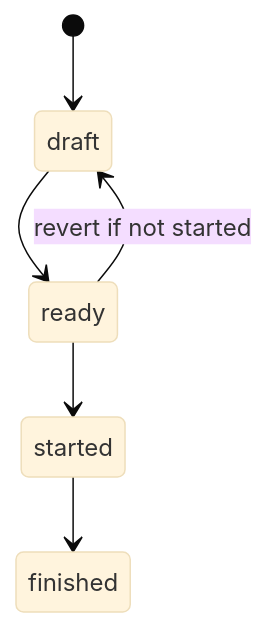
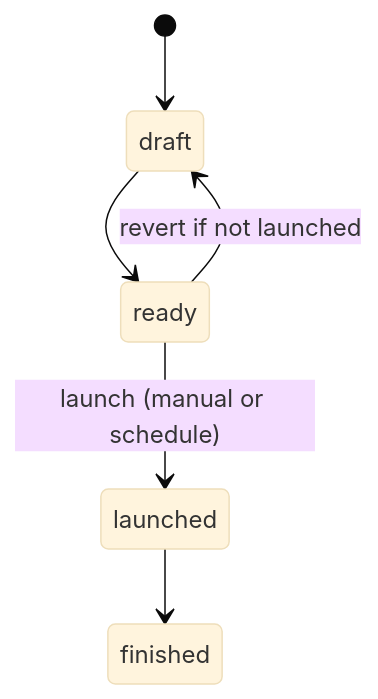
Before and after one commit to dmytro-afonin/awards: the diagram in docs/awards-obsidian-docs/diagrams/README.md, drawn with Mermaid (base theme). The commit also changed 83 other files, not shown here.

````diff
--- a/docs/awards-obsidian-docs/diagrams/README.md
+++ b/docs/awards-obsidian-docs/diagrams/README.md
@@ -16,8 +16,8 @@
 ```mermaid
 stateDiagram-v2
   [*] --> draft
   draft --> ready
-  ready --> draft: revert if not started
-  ready --> started
-  started --> finished
+  ready --> draft: revert if not launched
+  ready --> launched: launch (manual or schedule)
+  launched --> finished
 ```
````
